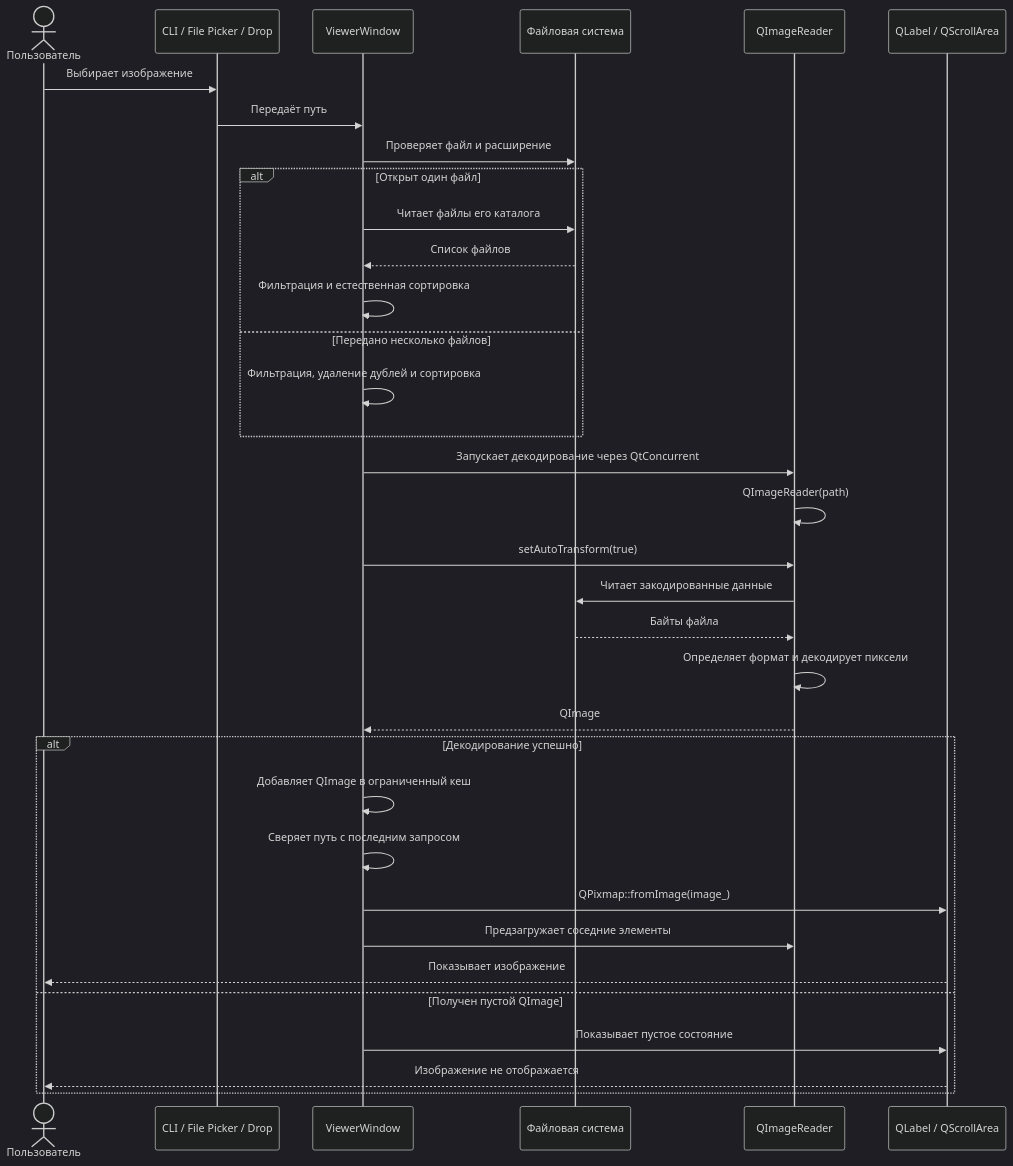
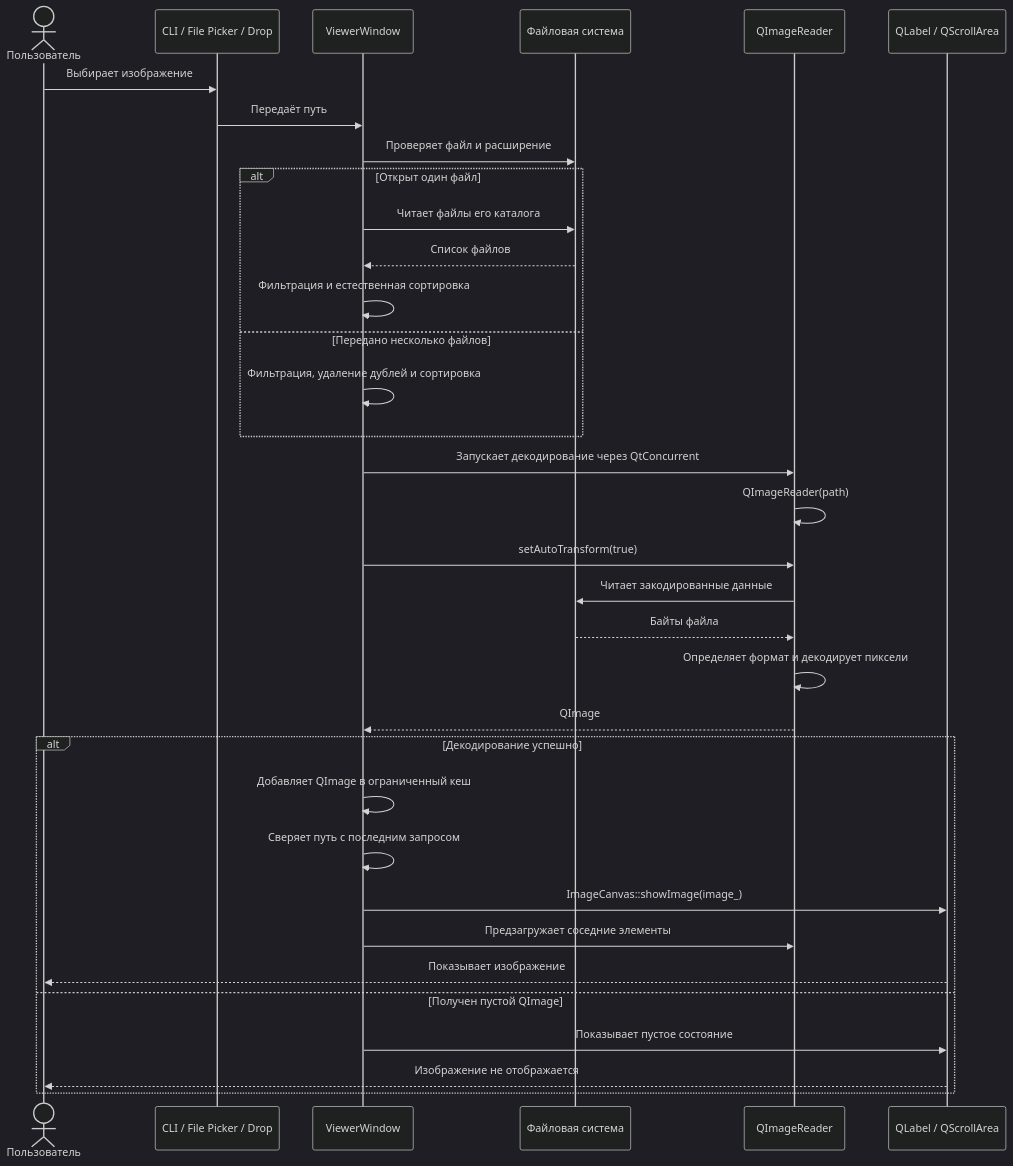
Before and after one commit to Lannselot/Flick: the second of 4 diagrams in docs/architecture.md, drawn with Mermaid (dark theme). The commit also changed other lines of this file and 2 other files, not shown here.

Commit message:
Render only the visible image region

````diff
--- a/docs/architecture.md
+++ b/docs/architecture.md
@@ -59,40 +57,40 @@
 ```mermaid
 sequenceDiagram
     actor User as Пользователь
     participant Entry as CLI / File Picker / Drop
     participant Window as ViewerWindow
     participant FS as Файловая система
     participant Reader as QImageReader
     participant UI as QLabel / QScrollArea
 
     User->>Entry: Выбирает изображение
     Entry->>Window: Передаёт путь
     Window->>FS: Проверяет файл и расширение
 
     alt Открыт один файл
         Window->>FS: Читает файлы его каталога
         FS-->>Window: Список файлов
         Window->>Window: Фильтрация и естественная сортировка
     else Передано несколько файлов
         Window->>Window: Фильтрация, удаление дублей и сортировка
     end
 
     Window->>Reader: Запускает декодирование через QtConcurrent
     Reader->>Reader: QImageReader(path)
     Window->>Reader: setAutoTransform(true)
     Reader->>FS: Читает закодированные данные
     FS-->>Reader: Байты файла
     Reader->>Reader: Определяет формат и декодирует пиксели
     Reader-->>Window: QImage
 
     alt Декодирование успешно
         Window->>Window: Добавляет QImage в ограниченный кеш
         Window->>Window: Сверяет путь с последним запросом
-        Window->>UI: QPixmap::fromImage(image_)
+        Window->>UI: ImageCanvas::showImage(image_)
         Window->>Reader: Предзагружает соседние элементы
         UI-->>User: Показывает изображение
     else Получен пустой QImage
         Window->>UI: Показывает пустое состояние
         UI-->>User: Изображение не отображается
     end
 ```
````
